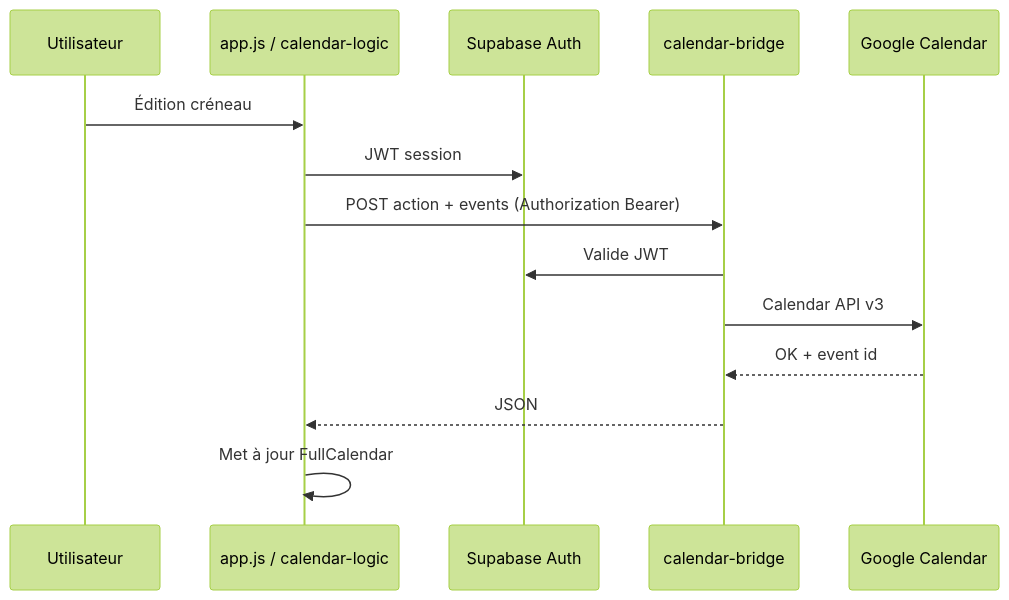
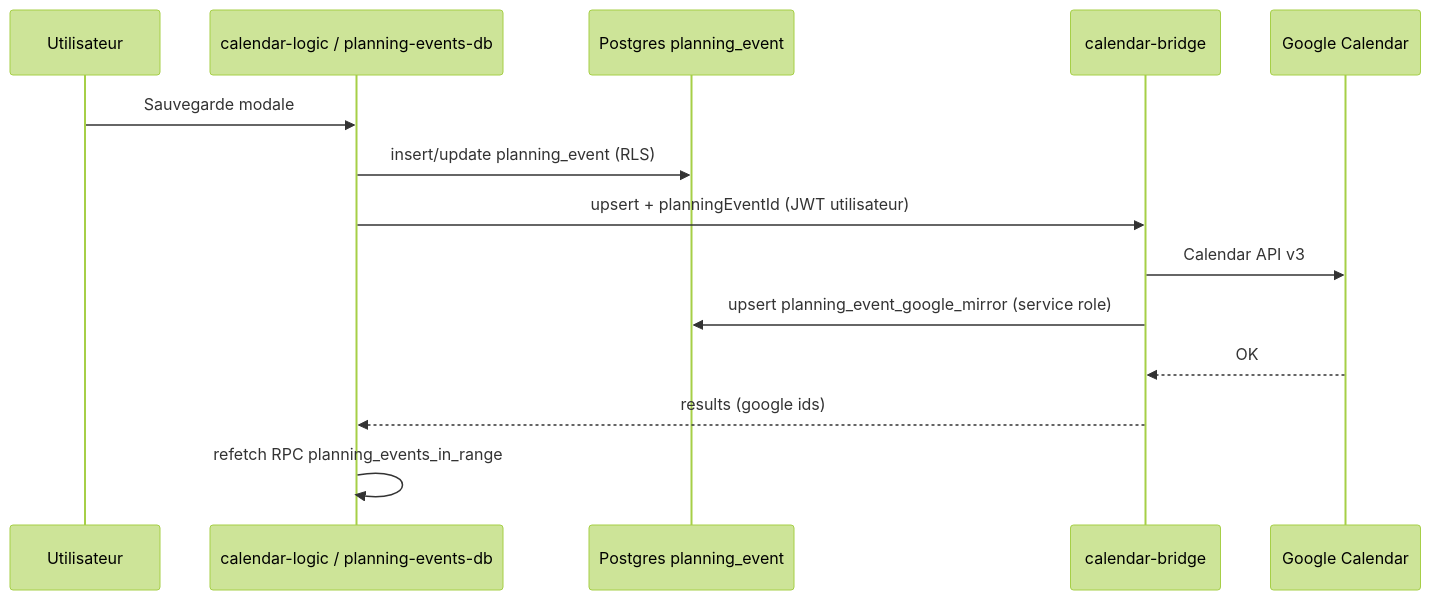
Before and after one commit to orgue-iams/Planning: the diagram in docs/ARCHITECTURE.md, drawn with Mermaid (forest theme). The commit also changed other lines of this file and 30 other files, not shown here.

First line of the commit message:
feat(planning): source Postgres, miroir Google, docs HANDOFF

````diff
--- a/docs/ARCHITECTURE.md
+++ b/docs/ARCHITECTURE.md
@@ -88,17 +94,17 @@
 ```mermaid
 sequenceDiagram
     participant U as Utilisateur
-    participant App as app.js / calendar-logic
-    participant SB as Supabase Auth
+    participant App as calendar-logic / planning-events-db
+    participant PG as Postgres planning_event
     participant BR as calendar-bridge
     participant G as Google Calendar
 
-    U->>App: Édition créneau
-    App->>SB: JWT session
-    App->>BR: POST action + events (Authorization Bearer)
-    BR->>SB: Valide JWT
+    U->>App: Sauvegarde modale
+    App->>PG: insert/update planning_event (RLS)
+    App->>BR: upsert + planningEventId (JWT utilisateur)
     BR->>G: Calendar API v3
-    G-->>BR: OK + event id
-    BR-->>App: JSON
-    App->>App: Met à jour FullCalendar
+    BR->>PG: upsert planning_event_google_mirror (service role)
+    G-->>BR: OK
+    BR-->>App: results (google ids)
+    App->>App: refetch RPC planning_events_in_range
 ```
````
